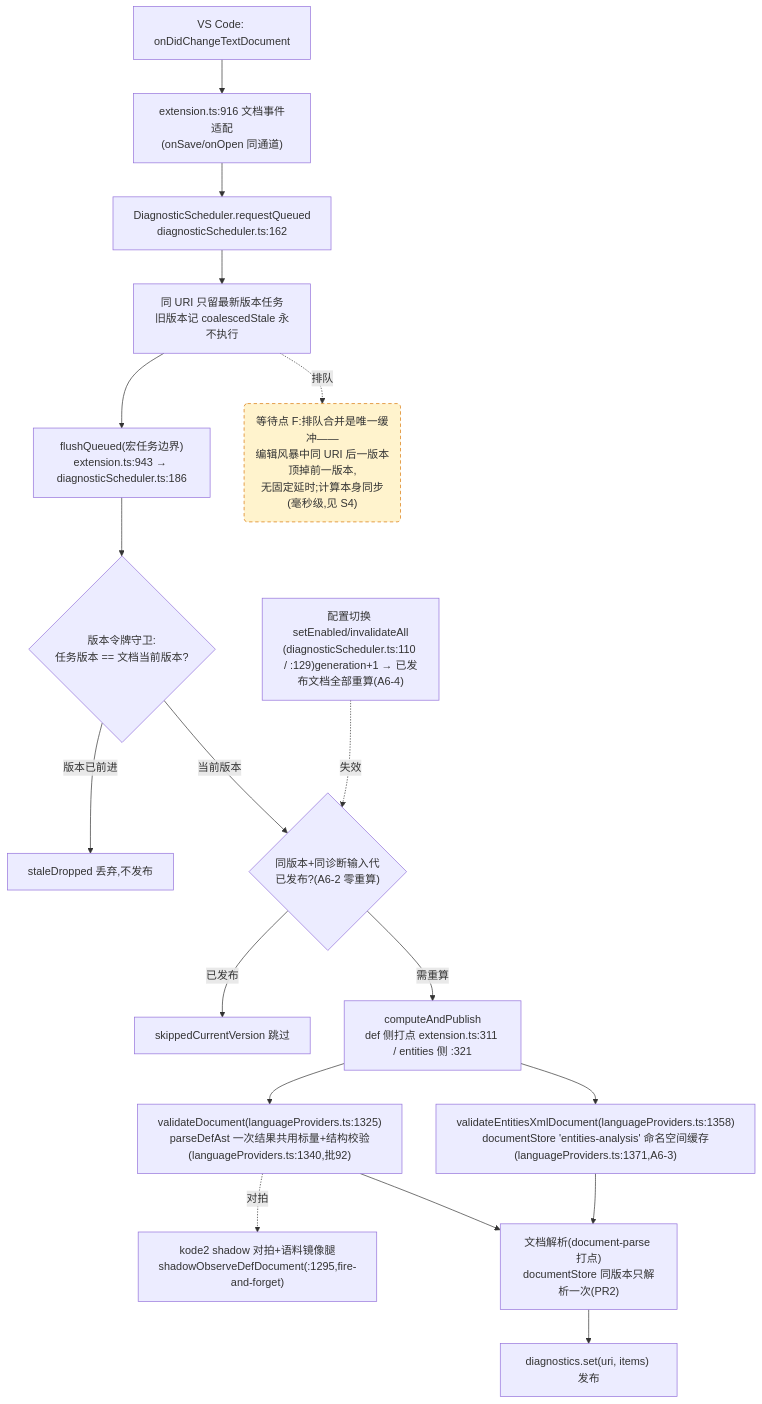
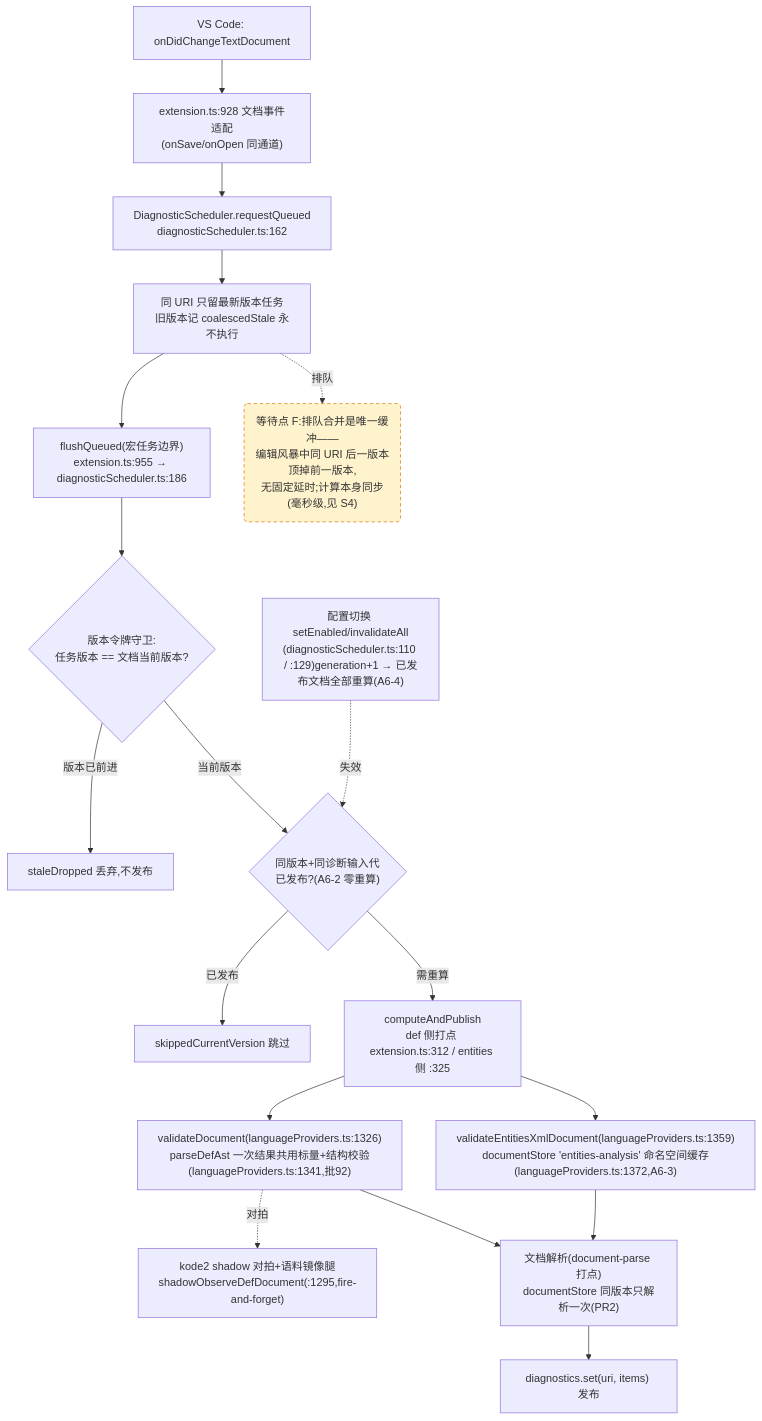
One commit to cuihairu/kode changed the fourth of 4 diagrams in docs/perf/2026-baseline.md. Above: the diagram before and after it, drawn with Mermaid. The commit also changed other lines of this file and 7 other files, not shown here.

````diff
--- a/docs/perf/2026-baseline.md
+++ b/docs/perf/2026-baseline.md
@@ -214,38 +214,38 @@
 ```mermaid
 flowchart TD
   CHG["VS Code: onDidChangeTextDocument"]
-  WATCH["extension.ts:916 文档事件适配<br/>(onSave/onOpen 同通道)"]
+  WATCH["extension.ts:928 文档事件适配<br/>(onSave/onOpen 同通道)"]
   RQ["DiagnosticScheduler.requestQueued<br/>diagnosticScheduler.ts:162"]
   CO["同 URI 只留最新版本任务<br/>旧版本记 coalescedStale 永不执行"]
-  FL["flushQueued(宏任务边界)<br/>extension.ts:943 → diagnosticScheduler.ts:186"]
+  FL["flushQueued(宏任务边界)<br/>extension.ts:955 → diagnosticScheduler.ts:186"]
   VG{"版本令牌守卫:<br/>任务版本 == 文档当前版本?"}
   DROP["staleDropped 丢弃,不发布"]
   GEN{"同版本+同诊断输入代<br/>已发布?(A6-2 零重算)"}
   SKIP["skippedCurrentVersion 跳过"]
-  CALC["computeAndPublish<br/>def 侧打点 extension.ts:311 / entities 侧 :321"]
-  VD["validateDocument(languageProviders.ts:1325)<br/>parseDefAst 一次结果共用标量+结构校验(languageProviders.ts:1340,批92)"]
-  VEX["validateEntitiesXmlDocument(languageProviders.ts:1358)<br/>documentStore 'entities-analysis' 命名空间缓存(languageProviders.ts:1371,A6-3)"]
+  CALC["computeAndPublish<br/>def 侧打点 extension.ts:312 / entities 侧 :325"]
+  VD["validateDocument(languageProviders.ts:1326)<br/>parseDefAst 一次结果共用标量+结构校验(languageProviders.ts:1341,批92)"]
+  VEX["validateEntitiesXmlDocument(languageProviders.ts:1359)<br/>documentStore 'entities-analysis' 命名空间缓存(languageProviders.ts:1372,A6-3)"]
   SHDD["kode2 shadow 对拍+语料镜像腿<br/>shadowObserveDefDocument(:1295,fire-and-forget)"]
   DS["文档解析(document-parse 打点)<br/>documentStore 同版本只解析一次(PR2)"]
   PUB["diagnostics.set(uri, items) 发布"]
   CFG2["配置切换 setEnabled/invalidateAll<br/>(diagnosticScheduler.ts:110 / :129)generation+1 → 已发布文档全部重算(A6-4)"]
 
   CHG --> WATCH --> RQ --> CO --> FL --> VG
   VG -- "版本已前进" --> DROP
   VG -- "当前版本" --> GEN
   GEN -- "已发布" --> SKIP
   GEN -- "需重算" --> CALC
   CALC --> VD
   CALC --> VEX
   VD --> DS
   VEX --> DS
   DS --> PUB
   VD -.->|对拍| SHDD
   CFG2 -.->|失效| GEN
 
   WAITF("等待点 F:排队合并是唯一缓冲——<br/>编辑风暴中同 URI 后一版本顶掉前一版本,<br/>无固定延时;计算本身同步(毫秒级,见 S4)")
   CO -.->|排队| WAITF
 
   classDef waitPoint fill:#fff3cd,stroke:#d97706,stroke-dasharray:5 4;
   class WAITF waitPoint;
 ```
````
